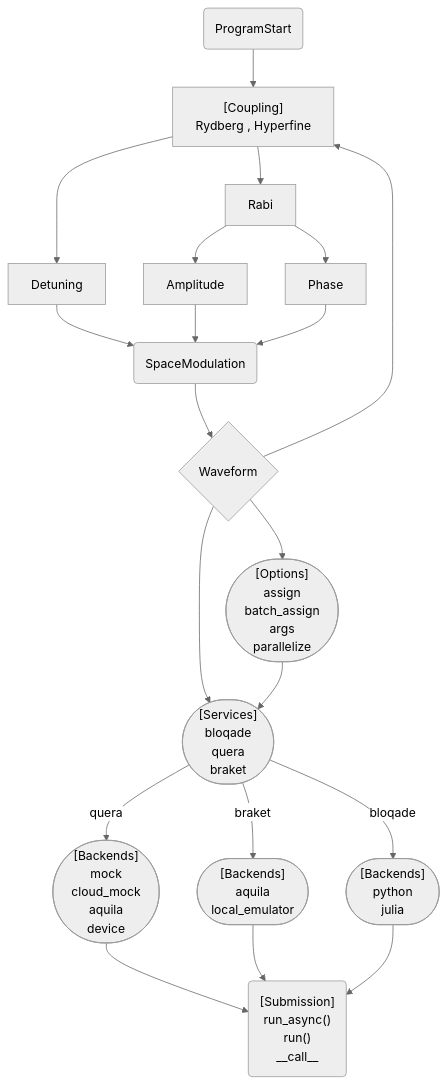
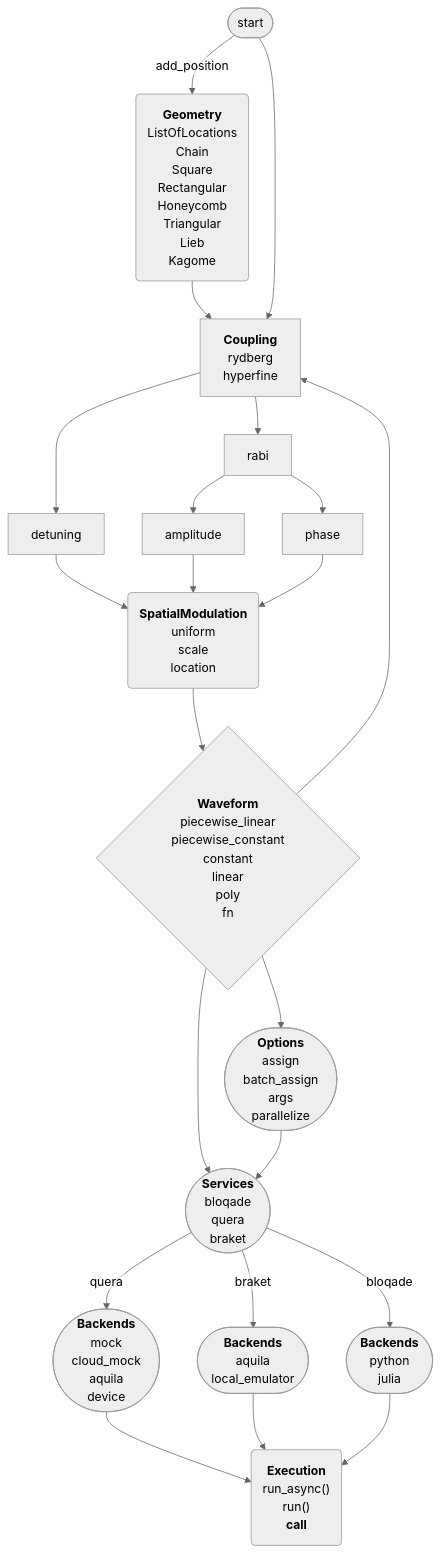
One commit to QuEraComputing/bloqade-python changed the diagram in docs/builder-workflow/standard.md. Above: the diagram before and after it, drawn with Mermaid (neutral theme).

Commit message:
adding markdown to builder diagram

````diff
--- a/docs/builder-workflow/standard.md
+++ b/docs/builder-workflow/standard.md
@@ -4,55 +4,85 @@
 ``` mermaid
-graph TD
+%%{init: {"flowchart": {"htmlLabels": false}} }%%
+flowchart TD
 
-  ProgramStart(ProgramStart)
+  ProgramStart(["`start`"])
 
-  Coupling["[Coupling]
-  Rydberg , Hyperfine"]
+  Geometry("`
+  **Geometry**
 
-  Detuning[Detuning]
-  Rabi[Rabi]
+  ListOfLocations
+  Chain
+  Square
+  Rectangular
+  Honeycomb
+  Triangular
+  Lieb
+  Kagome
+  `")
 
-  Amplitude[Amplitude]
-  Phase[Phase]
+  Coupling["`**Coupling**
 
-  SpaceModulation(SpaceModulation)
-  Waveform{Waveform}
+  rydberg
+  hyperfine
+  `"]
 
-  Options(["[Options]
+  Detuning["`detuning`"]
+  Rabi["`rabi`"]
+
+  Amplitude["`amplitude`"]
+  Phase["`phase`"]
+
+  SpaceModulation("`**SpatialModulation**
+
+  uniform
+  scale
+  location
+  `")
+  Waveform{"`**Waveform**
+
+  piecewise_linear
+  piecewise_constant
+  constant
+  linear
+  poly
+  fn
+  `"}
+
+  Options(["`**Options**
   assign
   batch_assign
   args
   parallelize
-  "])
+  `"])
 
-  Services(["[Services]
+  Services(["`**Services**
   bloqade
   quera
-  braket"])
+  braket`"])
 
-  QuEraBackends(["[Backends]
+  QuEraBackends(["`**Backends**
   mock
   cloud_mock
   aquila
-  device
-  "])
+  device`"])
 
-  BraketBackends(["[Backends]
+  BraketBackends(["`**Backends**
   aquila
-  local_emulator
-  "])
+  local_emulator`"])
 
-  BloqadeBackends(["[Backends]
+  BloqadeBackends(["`**Backends**
   python
-  julia
-  "])
+  julia`"])
 
-  Submit("[Submission]
+  Submit("`**Execution**
   run_async()
   run()
-  __call__")
+  __call__`")
 
+  ProgramStart -->|add_position| Geometry;
+  Geometry --> Coupling;
   ProgramStart --> Coupling;
+
   Coupling --> Detuning;
   Coupling --> Rabi;
 
@@ -76,5 +106,4 @@
   QuEraBackends --> Submit;
   BraketBackends --> Submit;
   BloqadeBackends --> Submit;
-
 ```
````
